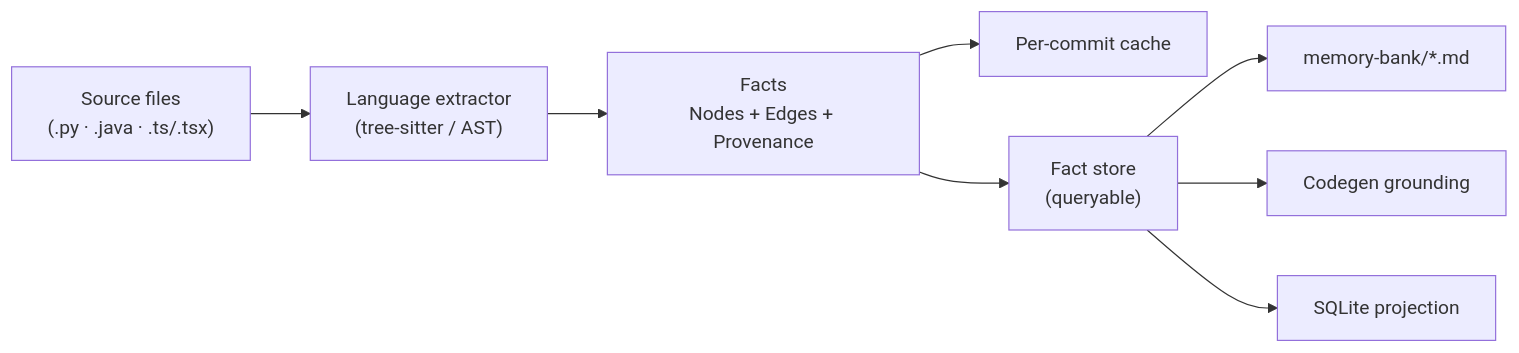
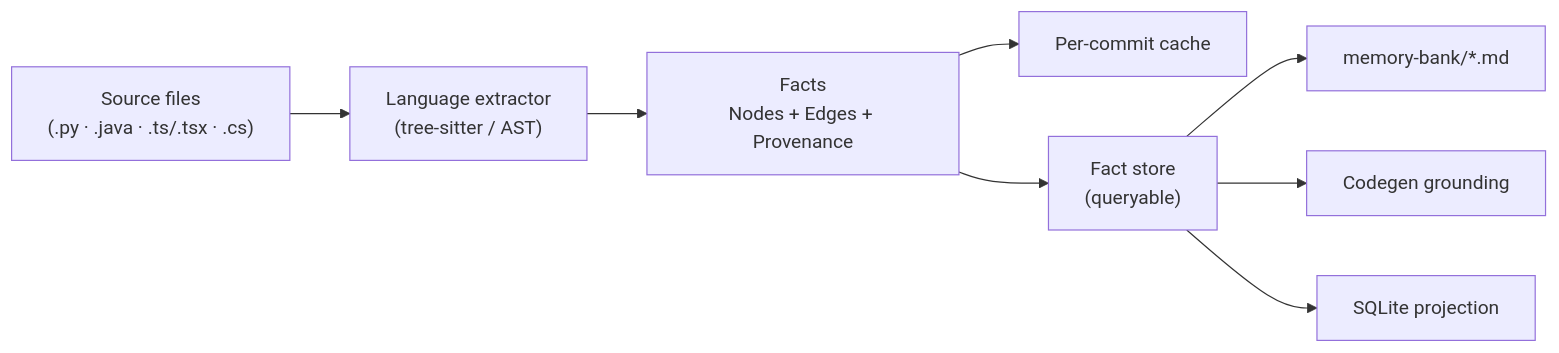
Before and after one commit to synaptixs/spine: the third of 5 diagrams in KNOWLEDGE_GRAPH.md, drawn with Mermaid. The commit also changed other lines of this file and 20 other files, not shown here.

````diff
--- a/KNOWLEDGE_GRAPH.md
+++ b/KNOWLEDGE_GRAPH.md
@@ -117,10 +117,10 @@
 ```mermaid
 flowchart LR
-    src["Source files<br/>(.py · .java · .ts/.tsx)"] --> ext["Language extractor<br/>(tree-sitter / AST)"]
+    src["Source files<br/>(.py · .java · .ts/.tsx · .cs)"] --> ext["Language extractor<br/>(tree-sitter / AST)"]
     ext --> facts["Facts<br/>Nodes + Edges + Provenance"]
     facts --> cache["Per-commit cache"]
     facts --> store["Fact store<br/>(queryable)"]
     store --> mb["memory-bank/*.md"]
     store --> grd["Codegen grounding"]
     store --> db["SQLite projection"]
 ```
````
